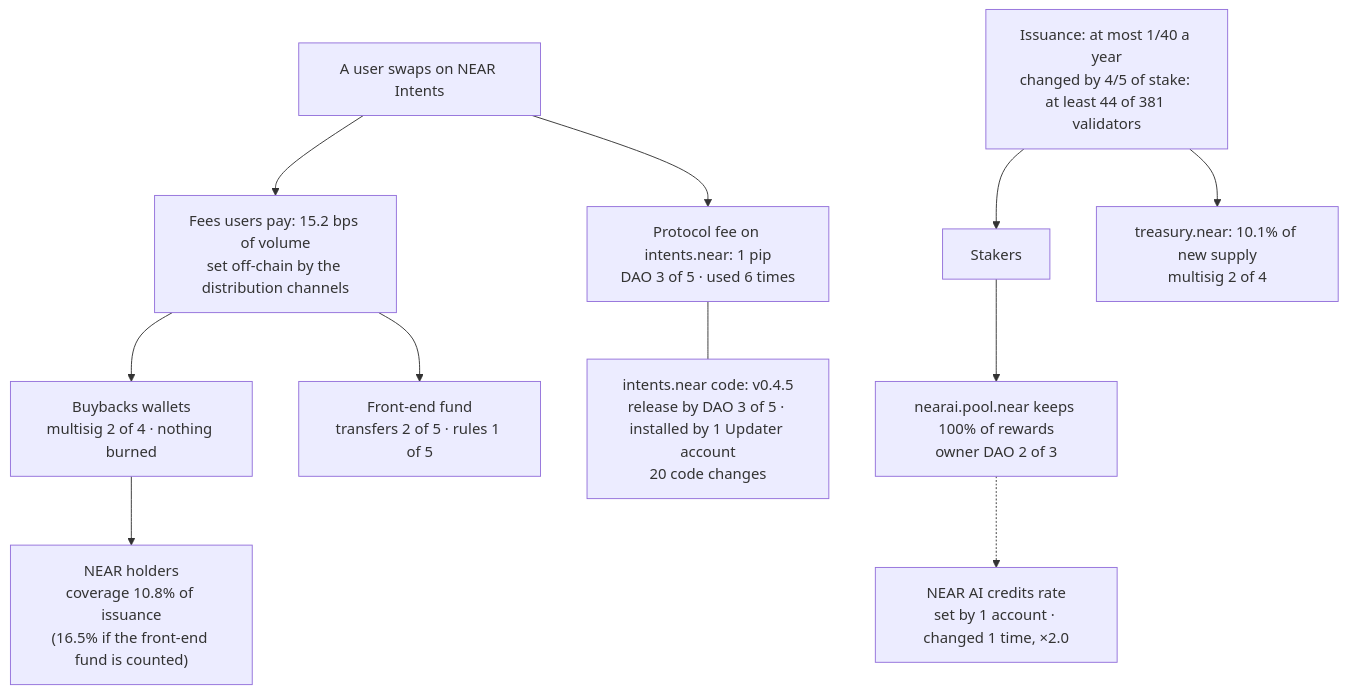
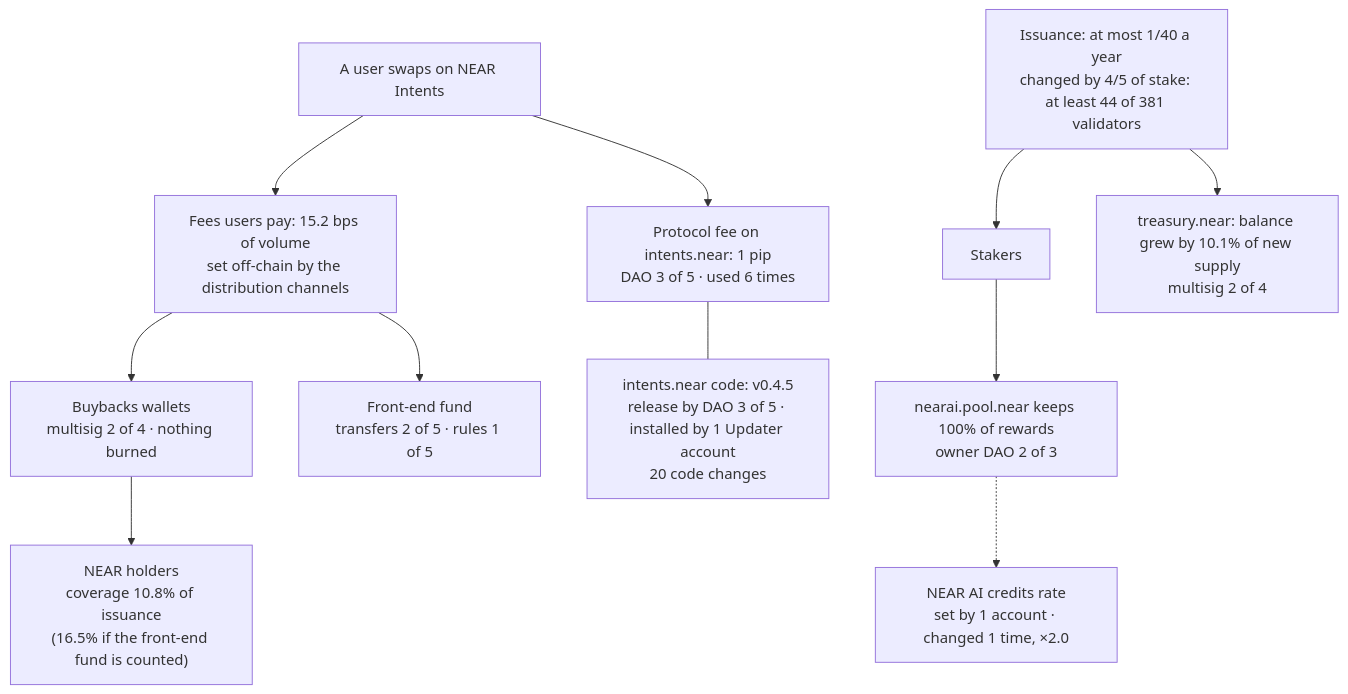
The diagram in README.md (nikolaskahris-png/near-thesis-data), drawn with Mermaid before and after one commit. The commit also changed other lines of this file and 5 other files, not shown here.

````diff
--- a/README.md
+++ b/README.md
@@ -136,13 +157,13 @@
 ```mermaid
 flowchart TD
   U["A user swaps on NEAR Intents"] --> F["Fees users pay: <!--n:n2.fees_bps-->15.2<!--/n--> bps of volume<br/>set off-chain by the distribution channels"]
   U --> P["Protocol fee on intents.near: <!--n:c.intents_fee_pips-->1 pip<!--/n--><br/>DAO <!--n:c.intents_fee_change-->3 of 5<!--/n--> · used <!--n:h.fee.approved_actions-->6<!--/n--> times"]
   F --> B["Buybacks wallets<br/>multisig <!--n:c.buybacks_confirmations-->2 of 4<!--/n--> · nothing burned"]
   F --> E["Front-end fund<br/>transfers <!--n:c.front_end_transfer-->2 of 5<!--/n--> · rules <!--n:c.front_end_rules-->1 of 5<!--/n-->"]
   B --> H["NEAR holders<br/>coverage <!--n:n1.coverage_buybacks-->10.8%<!--/n--> of issuance<br/>(<!--n:n1.coverage_with_front_end-->16.5%<!--/n--> if the front-end fund is counted)"]
   I["Issuance: at most <!--n:c.issuance_max_inflation_rate-->1/40<!--/n--> a year<br/>changed by <!--n:c.issuance_upgrade_stake_threshold-->4/5<!--/n--> of stake: at least <!--n:c.issuance_validators_to_pass_upgrade-->44<!--/n--> of <!--n:c.issuance_validators-->381<!--/n--> validators"] --> S["Stakers"]
-  I --> T["treasury.near: <!--n:c.treasury_share_of_new_supply-->10.1%<!--/n--> of new supply<br/>multisig <!--n:c.treasury_confirmations-->2 of 4<!--/n-->"]
+  I --> T["treasury.near: balance grew by <!--n:c.treasury_share_of_new_supply-->10.1%<!--/n--> of new supply<br/>multisig <!--n:c.treasury_confirmations-->2 of 4<!--/n-->"]
   S --> N["nearai.pool.near keeps <!--n:c.nearai_pool_reward_fee-->100%<!--/n--> of rewards<br/>owner DAO <!--n:c.nearai_pool_owner_transfer-->2 of 3<!--/n-->"]
   N -.-> C["NEAR AI credits rate<br/>set by 1 account · changed <!--n:f6.rate_changes-->1<!--/n--> time, <!--n:f6.change1.ratio-->×2.0<!--/n-->"]
   P --- K["intents.near code: v<!--n:c.intents_code_version-->0.4.5<!--/n--><br/>release by DAO <!--n:c.intents_code_add_release-->3 of 5<!--/n--> · installed by <!--n:c.intents_code_updater_accounts-->1<!--/n--> Updater account<br/><!--n:c.intents_code_changes-->20<!--/n--> code changes"]
 ```
````
